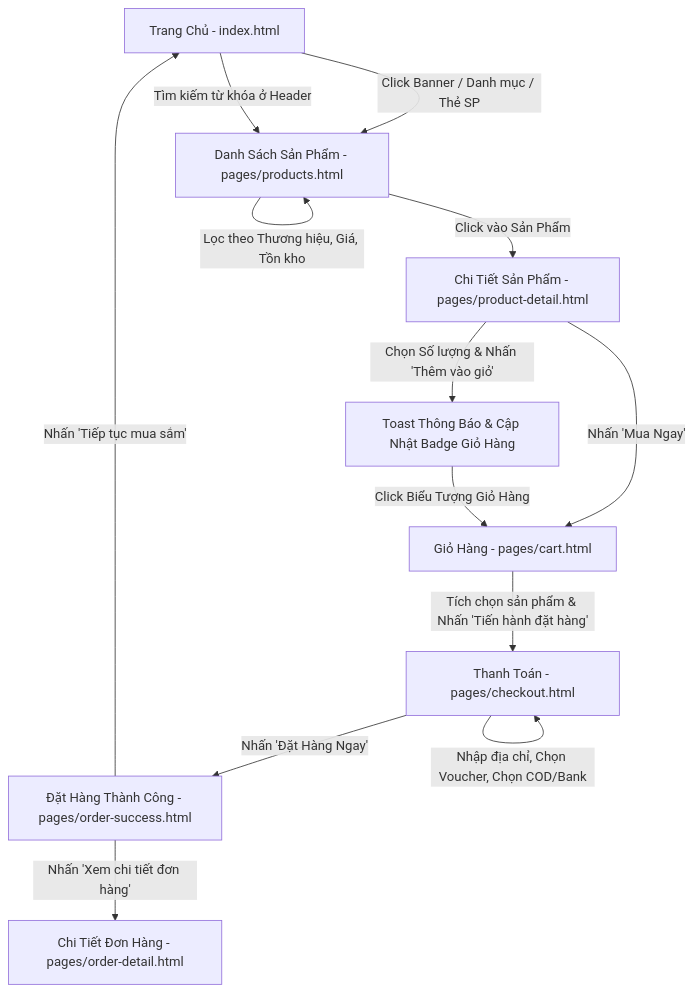
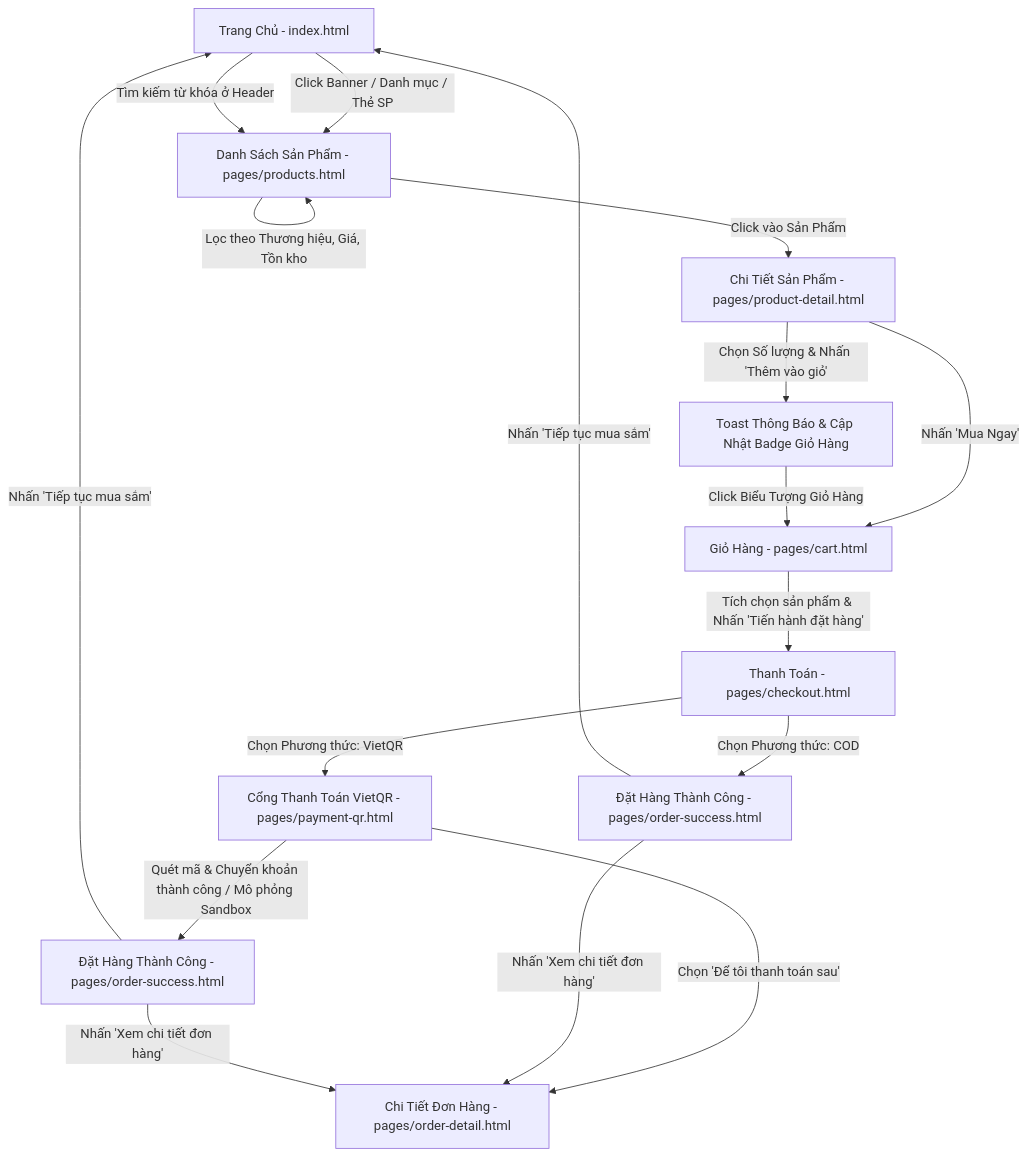
Before and after one commit to hoanghan-dev/techzone-sba: the first of 8 diagrams in UI_FLOW.md, drawn with Mermaid. The commit also changed other lines of this file and 5 other files, not shown here.

````diff
--- a/UI_FLOW.md
+++ b/UI_FLOW.md
@@ -42,15 +43,19 @@
 ```mermaid
 graph TD
     A[Trang Chủ - index.html] -->|Click Banner / Danh mục / Thẻ SP| B[Danh Sách Sản Phẩm - pages/products.html]
     A -->|Tìm kiếm từ khóa ở Header| B
     B -->|Lọc theo Thương hiệu, Giá, Tồn kho| B
     B -->|Click vào Sản Phẩm| C[Chi Tiết Sản Phẩm - pages/product-detail.html]
     C -->|Chọn Số lượng & Nhấn 'Thêm vào giỏ'| D[Toast Thông Báo & Cập Nhật Badge Giỏ Hàng]
     C -->|Nhấn 'Mua Ngay'| E[Giỏ Hàng - pages/cart.html]
     D -->|Click Biểu Tượng Giỏ Hàng| E
     E -->|Tích chọn sản phẩm & Nhấn 'Tiến hành đặt hàng'| F[Thanh Toán - pages/checkout.html]
-    F -->|Nhập địa chỉ, Chọn Voucher, Chọn COD/Bank| F
-    F -->|Nhấn 'Đặt Hàng Ngay'| G[Đặt Hàng Thành Công - pages/order-success.html]
-    G -->|Nhấn 'Xem chi tiết đơn hàng'| H[Chi Tiết Đơn Hàng - pages/order-detail.html]
-    G -->|Nhấn 'Tiếp tục mua sắm'| A
+    F -->|Chọn Phương thức: COD| G1[Đặt Hàng Thành Công - pages/order-success.html]
+    F -->|Chọn Phương thức: VietQR| QR[Cổng Thanh Toán VietQR - pages/payment-qr.html]
+    QR -->|Quét mã & Chuyển khoản thành công / Mô phỏng Sandbox| G2[Đặt Hàng Thành Công - pages/order-success.html]
+    QR -->|Chọn 'Để tôi thanh toán sau'| H[Chi Tiết Đơn Hàng - pages/order-detail.html]
+    G1 -->|Nhấn 'Xem chi tiết đơn hàng'| H
+    G2 -->|Nhấn 'Xem chi tiết đơn hàng'| H
+    G1 -->|Nhấn 'Tiếp tục mua sắm'| A
+    G2 -->|Nhấn 'Tiếp tục mua sắm'| A
 ```
````
